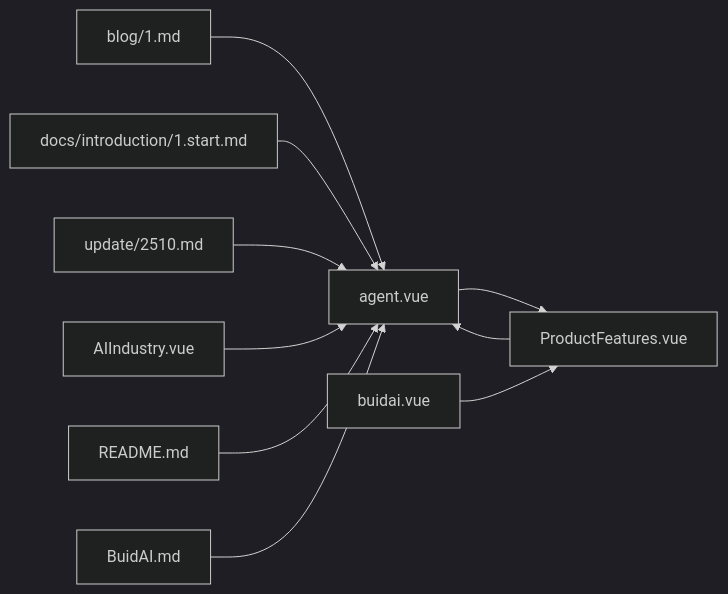
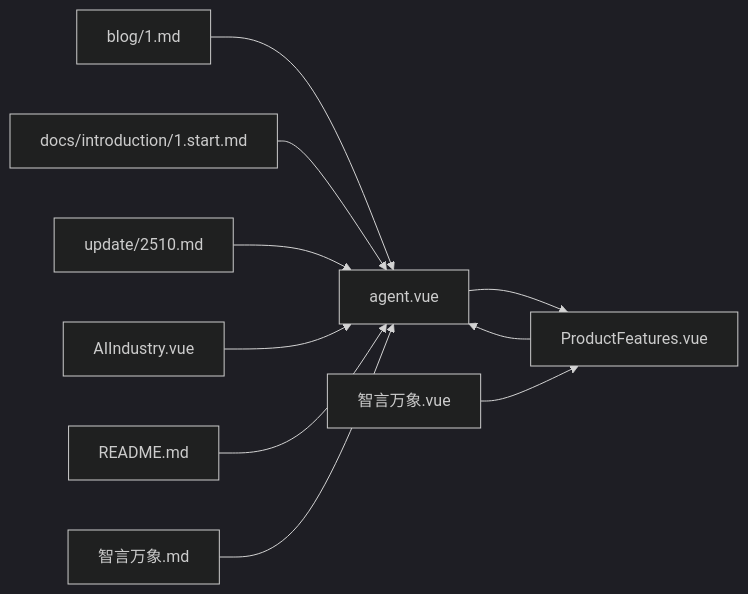
The fifth of 5 diagrams in .qoder/repowiki/zh/content/核心功能/工作流编排与MCP服务/MCP服务运行时/MCP协议规范.md (lllyyysss77/buidai), drawn with Mermaid (dark theme) before and after one commit. The commit also changed other lines of this file and 163 other files, not shown here.

````diff
--- a/.qoder/repowiki/zh/content/核心功能/工作流编排与MCP服务/MCP服务运行时/MCP协议规范.md
+++ b/.qoder/repowiki/zh/content/核心功能/工作流编排与MCP服务/MCP服务运行时/MCP协议规范.md
@@ -184,12 +184,12 @@
 ```mermaid
 graph LR
 AG["agent.vue"] --> PF["ProductFeatures.vue"]
-BD["buidai.vue"] --> PF
+BD["智言万象.vue"] --> PF
 BLG["blog/1.md"] --> AG
 DOC["docs/introduction/1.start.md"] --> AG
 UPD["update/2510.md"] --> AG
 PF --> AG
 AI["AIIndustry.vue"] --> AG
 RM["README.md"] --> AG
-BM["BuidAI.md"] --> AG
+BM["智言万象.md"] --> AG
 ```
````
